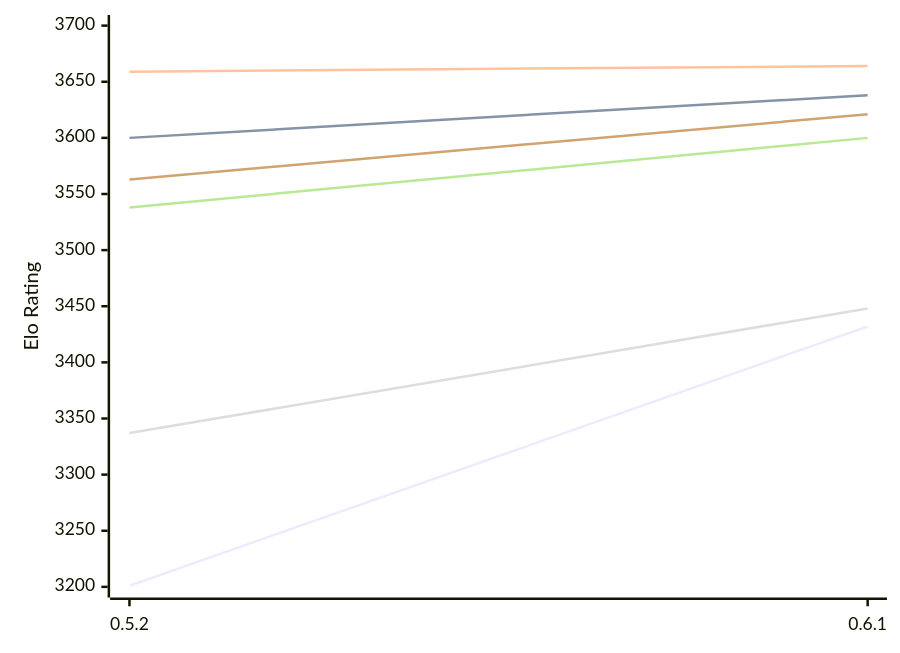
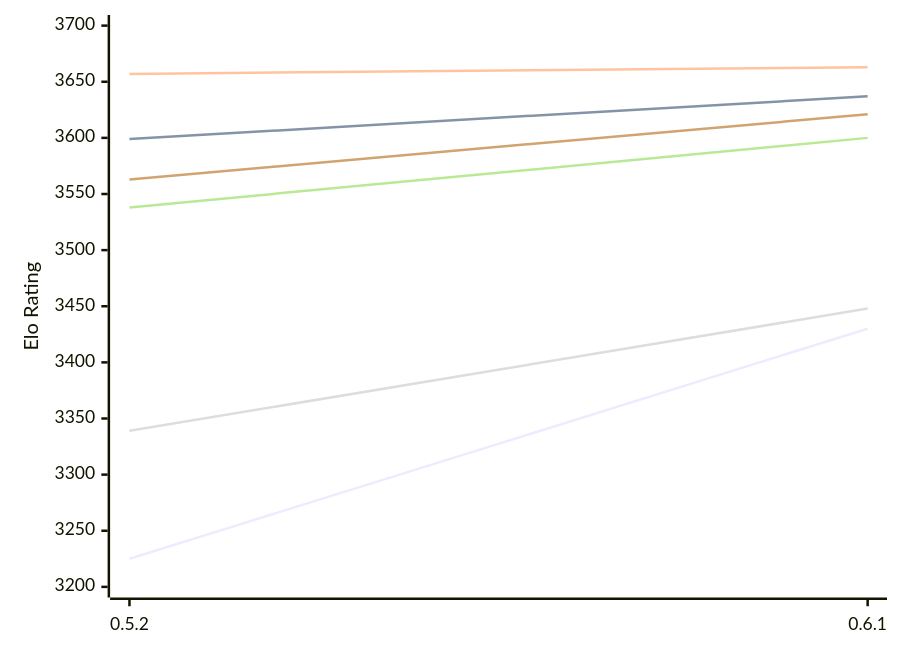
Before and after one commit to computer-chess-index/cci: the first of 2 diagrams in engines/Cinder.md, drawn with Mermaid. The commit also changed other lines of this file, not shown here.

Commit message:
Update CCI Ratings (ELO VLTC) - 2026-11-28

````diff
--- a/engines/Cinder.md
+++ b/engines/Cinder.md
@@ -54,12 +54,12 @@
 ```mermaid
 %%{init: {"theme":"base","themeVariables":{"seriesColors:['#a3a3a3','#222221','#faa371']}}}%%
 xychart-beta
   x-axis ["0.5.2", "0.6.1"]
   y-axis "Elo Rating" 3200 --> 3700
-  line "E1: STC (8.0+0.08s)" [3201, 3432]
-  line "E1: LTC (60.0+0.60s)" [3600, 3638]
-  line "E1: VLTC (2m24s+1.12s)" [3659, 3664]
-  line "P1: STC (8.0+0.08s)" [3337, 3448]
+  line "E1: STC (8.0+0.08s)" [3225, 3430]
+  line "E1: LTC (60.0+0.60s)" [3599, 3637]
+  line "E1: VLTC (2m24s+1.12s)" [3657, 3663]
+  line "P1: STC (8.0+0.08s)" [3339, 3448]
   line "P1: LTC (60.0+0.60s)" [3538, 3600]
   line "P1: VLTC (2m24s+1.12s)" [3563, 3621]
 ```
````
